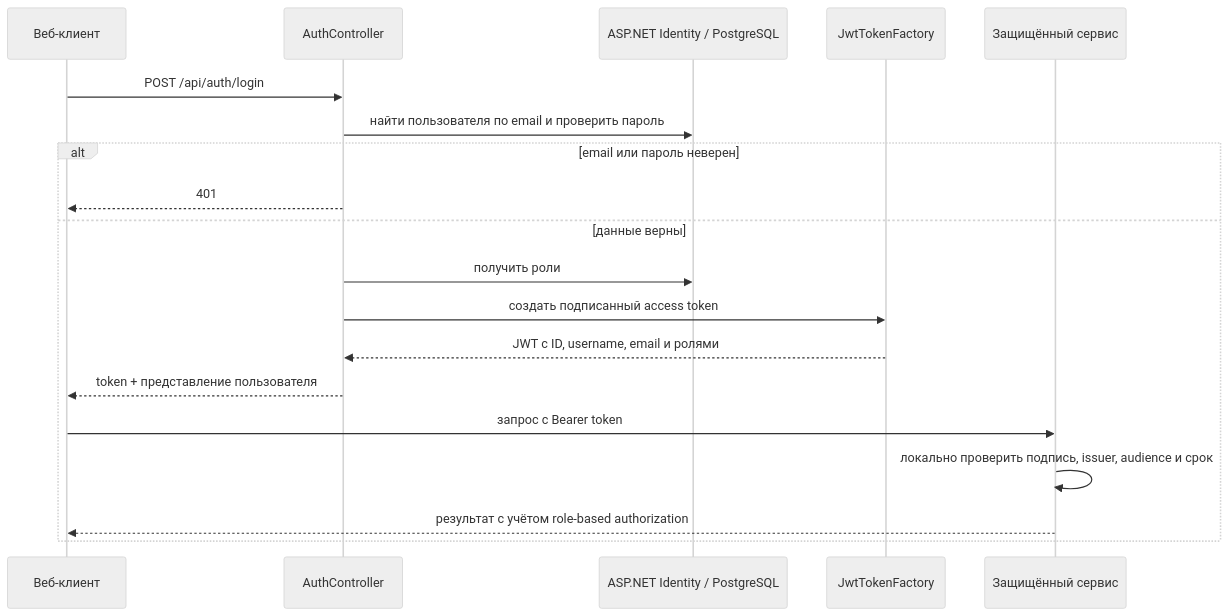
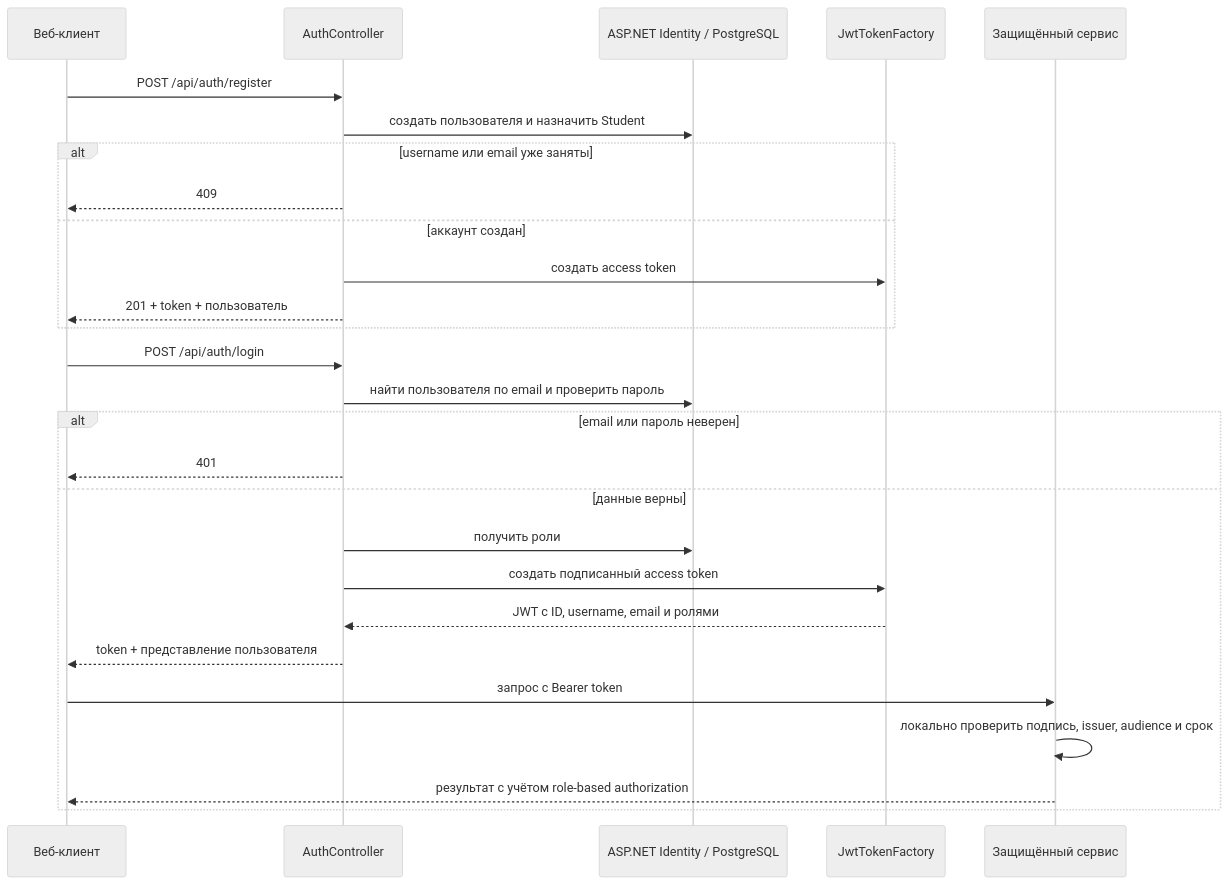
Before and after one commit to KomaMix/LLMTutorRoom: the diagram in docs/auth-service.md, drawn with Mermaid (neutral theme). The commit also changed other lines of this file and 14 other files, not shown here.

Commit message:
feat(auth): add student self-registration

````diff
--- a/docs/auth-service.md
+++ b/docs/auth-service.md
@@ -30,22 +30,31 @@
 ```mermaid
 sequenceDiagram
     participant UI as Веб-клиент
     participant API as AuthController
     participant Identity as ASP.NET Identity / PostgreSQL
     participant JWT as JwtTokenFactory
     participant Service as Защищённый сервис
+
+    UI->>API: POST /api/auth/register
+    API->>Identity: создать пользователя и назначить Student
+    alt username или email уже заняты
+        API-->>UI: 409
+    else аккаунт создан
+        API->>JWT: создать access token
+        API-->>UI: 201 + token + пользователь
+    end
 
     UI->>API: POST /api/auth/login
     API->>Identity: найти пользователя по email и проверить пароль
     alt email или пароль неверен
         API-->>UI: 401
     else данные верны
         API->>Identity: получить роли
         API->>JWT: создать подписанный access token
         JWT-->>API: JWT с ID, username, email и ролями
         API-->>UI: token + представление пользователя
         UI->>Service: запрос с Bearer token
         Service->>Service: локально проверить подпись, issuer, audience и срок
         Service-->>UI: результат с учётом role-based authorization
     end
 ```
````
